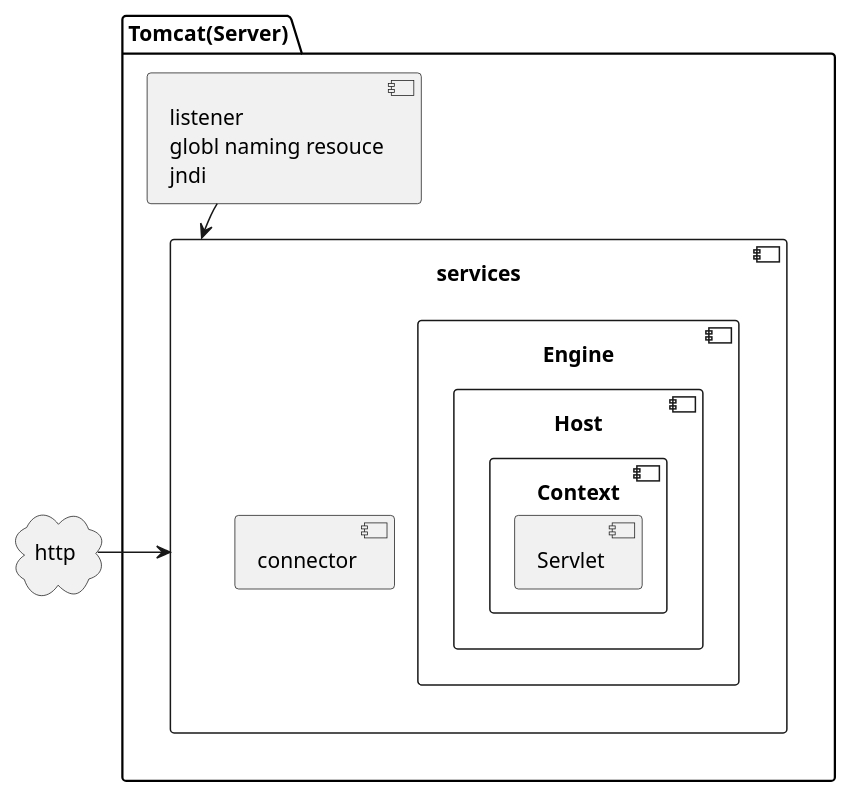
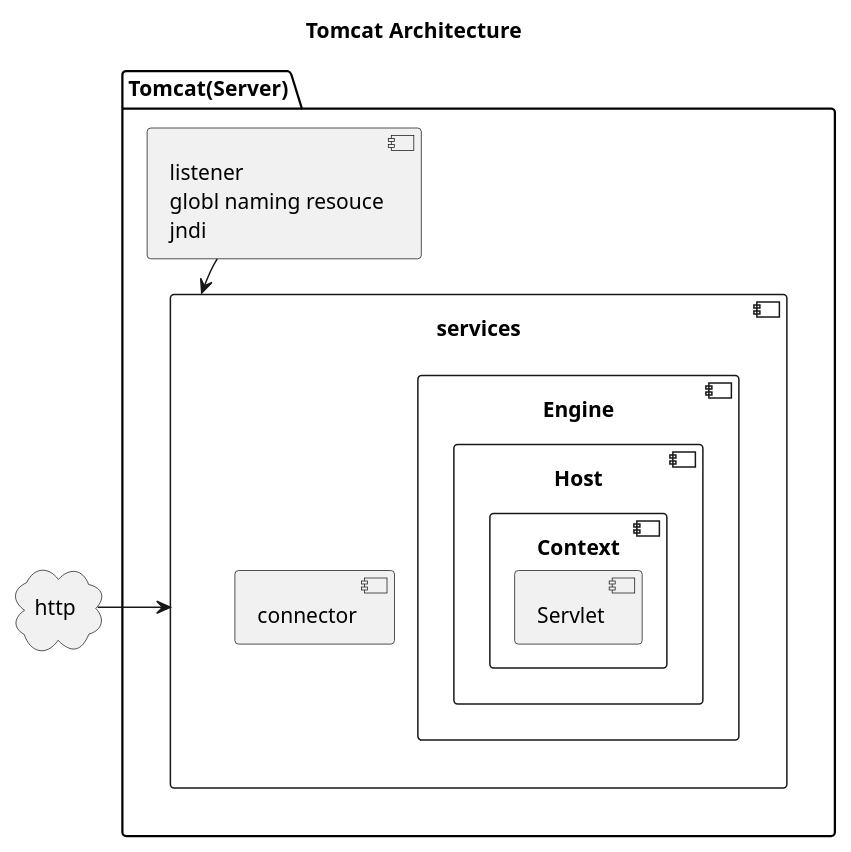
Before and after one commit to kevinwang930/kevinwang930.github.io: the second of 5 diagrams in content/post/java/tomcat.md, drawn with PlantUML. The commit also changed other lines of this file and 2 other files, not shown here.

````diff
--- a/content/post/java/tomcat.md
+++ b/content/post/java/tomcat.md
@@ -40,27 +83,27 @@
 ```plantuml
 
-
+title: Tomcat Architecture
     package Tomcat(Server) {
     
         
         component c  [ 
             listener
             globl naming resouce
             jndi
         ] 
         component services {
             component connector
             component Engine {
                 component Host {
                     Component Context {
                         Component Servlet
                     }
                 }
             }
         }
         
         c --> services
     }
 cloud http
 http -right-> services
 ```
````
